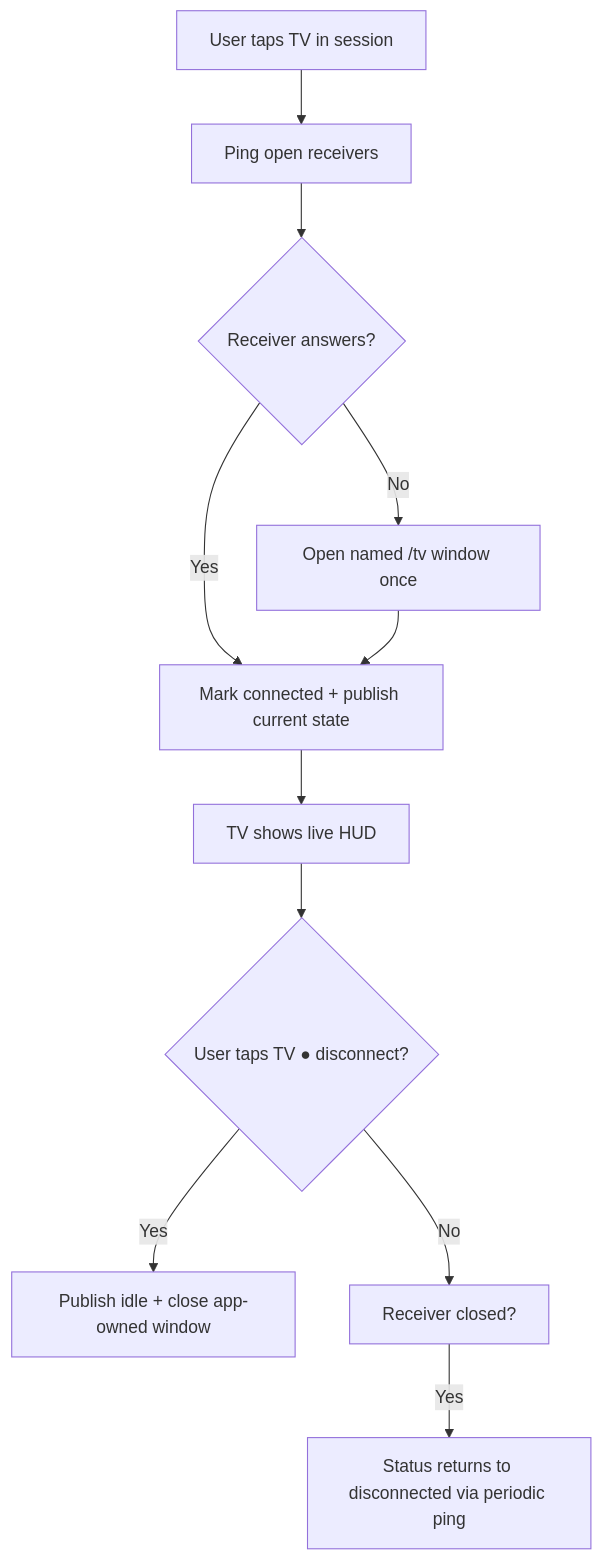
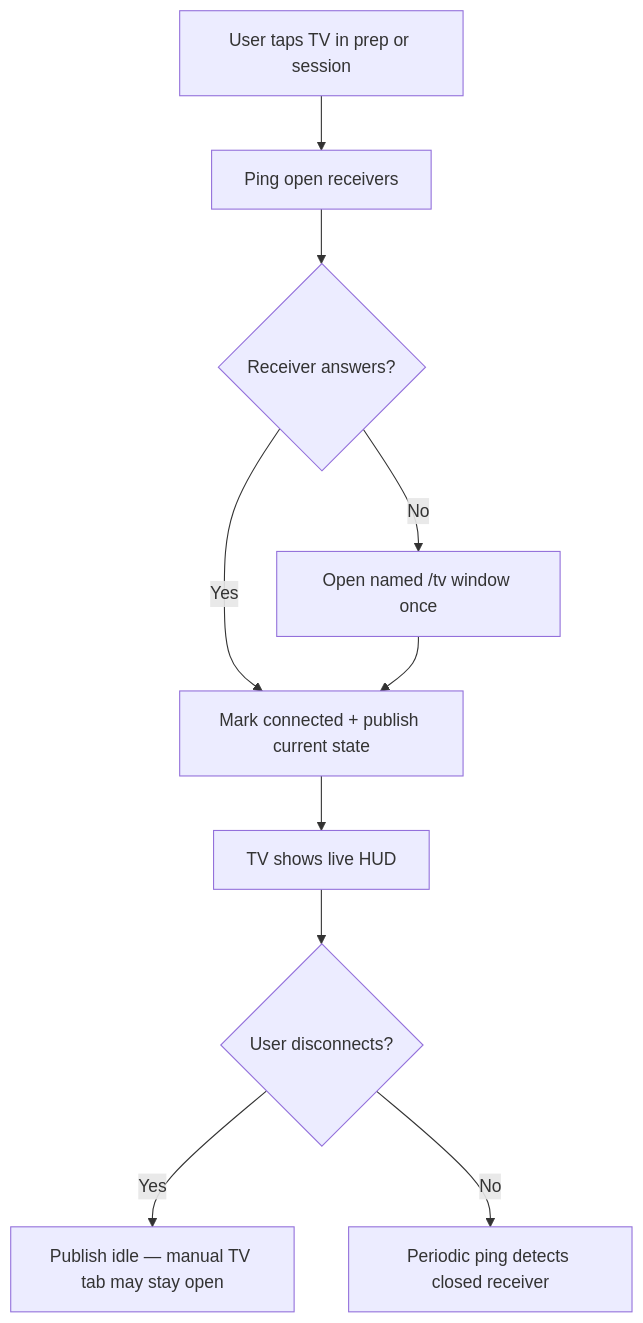
Before and after one commit to ingmarstruijs/solo: the fourth of 5 diagrams in ARCHITECTURE.md, drawn with Mermaid. The commit also changed other lines of this file and 12 other files, not shown here.

First line of the commit message:
Refine session nav UX and sync architecture docs with README.

````diff
--- a/ARCHITECTURE.md
+++ b/ARCHITECTURE.md
@@ -73,13 +126,12 @@
 ```mermaid
 graph TD
-  A[User taps TV in session] --> B[Ping open receivers]
+  A[User taps TV in prep or session] --> B[Ping open receivers]
   B --> C{Receiver answers?}
   C -- Yes --> D[Mark connected + publish current state]
   C -- No --> E[Open named /tv window once]
   E --> D
   D --> F[TV shows live HUD]
-  F --> G{User taps TV ● disconnect?}
-  G -- Yes --> H[Publish idle + close app-owned window]
-  G -- No --> I[Receiver closed?]
-  I -- Yes --> J[Status returns to disconnected via periodic ping]
+  F --> G{User disconnects?}
+  G -- Yes --> H[Publish idle — manual TV tab may stay open]
+  G -- No --> I[Periodic ping detects closed receiver]
 ```
````
